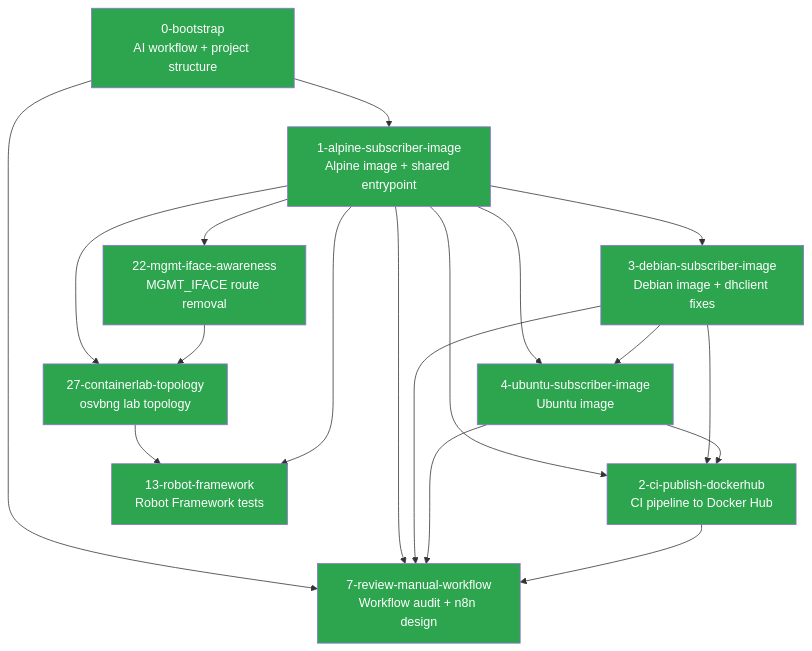
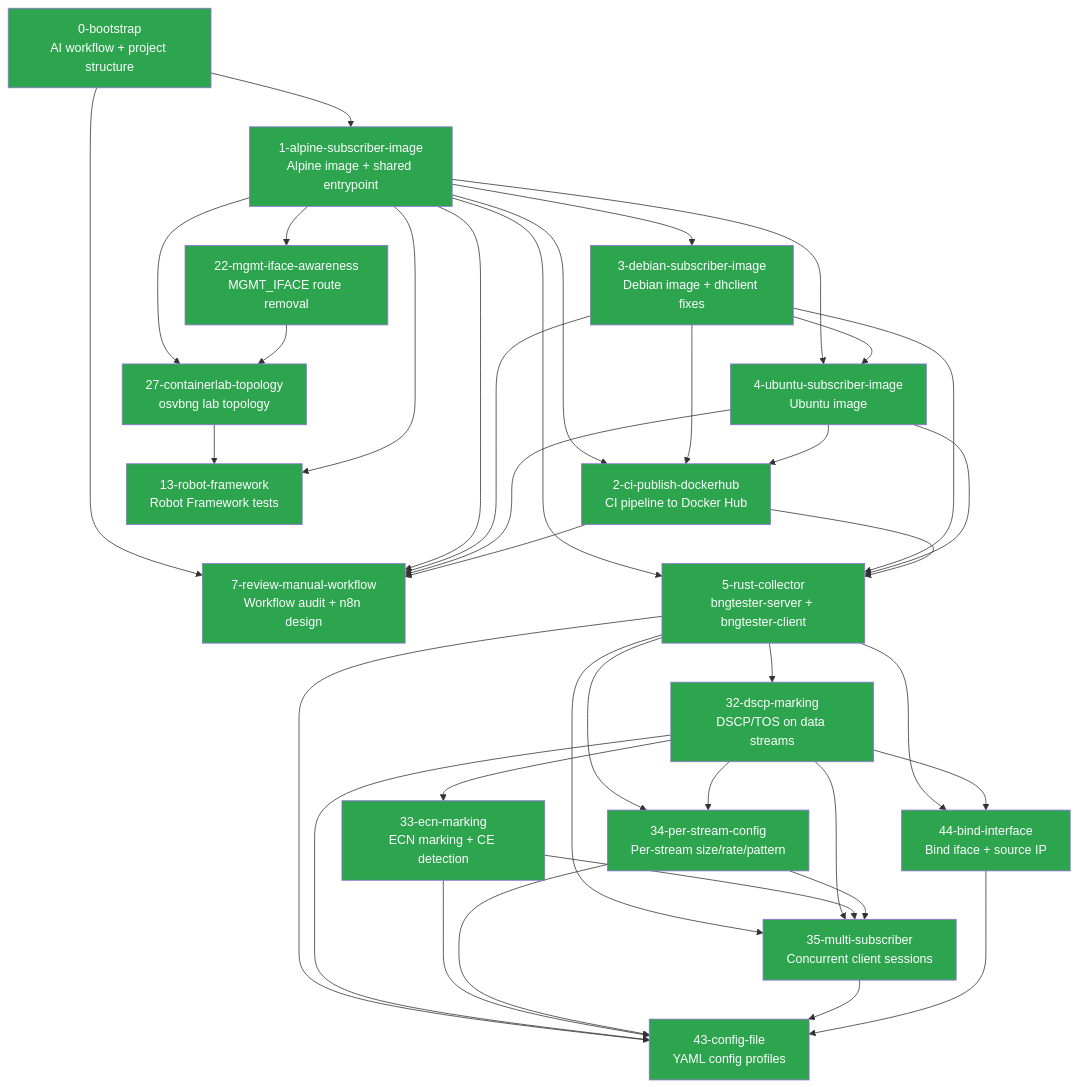
The diagram in context/SUMMARY.md (veesix-networks/bngtester), drawn with Mermaid before and after one commit.

Commit message:
fix(summary): add missing specs to Mermaid dependency graph
Added 7 specs that were missing from the dependency graph:
#5 (Rust collector), #32 (DSCP), #33 (ECN), #34 (per-stream),
#35 (multi-subscriber), #44 (bind-interface), #43 (config-file)
with correct dependency edges between them.

````diff
--- a/context/SUMMARY.md
+++ b/context/SUMMARY.md
@@ -34,38 +34,74 @@
 ```mermaid
 graph TD
     B[0-bootstrap<br/>AI workflow + project structure]
     A[1-alpine-subscriber-image<br/>Alpine image + shared entrypoint]
     D[3-debian-subscriber-image<br/>Debian image + dhclient fixes]
     U[4-ubuntu-subscriber-image<br/>Ubuntu image]
     CI[2-ci-publish-dockerhub<br/>CI pipeline to Docker Hub]
-
     WF[7-review-manual-workflow<br/>Workflow audit + n8n design]
+    MI[22-mgmt-iface-awareness<br/>MGMT_IFACE route removal]
+    CL[27-containerlab-topology<br/>osvbng lab topology]
+    RF[13-robot-framework<br/>Robot Framework tests]
+    RC[5-rust-collector<br/>bngtester-server + bngtester-client]
+    DSCP[32-dscp-marking<br/>DSCP/TOS on data streams]
+    ECN[33-ecn-marking<br/>ECN marking + CE detection]
+    PSC[34-per-stream-config<br/>Per-stream size/rate/pattern]
+    MS[35-multi-subscriber<br/>Concurrent client sessions]
+    BI[44-bind-interface<br/>Bind iface + source IP]
+    CF[43-config-file<br/>YAML config profiles]
 
     B --> A
     A --> D
     A --> U
     D --> U
     A --> CI
     D --> CI
     U --> CI
     B --> WF
     A --> WF
     D --> WF
     U --> WF
     CI --> WF
-    A --> MI[22-mgmt-iface-awareness<br/>MGMT_IFACE route removal]
-    A --> CL[27-containerlab-topology<br/>osvbng lab topology]
+    A --> MI
+    A --> CL
     MI --> CL
-    CL --> RF[13-robot-framework<br/>Robot Framework tests]
+    CL --> RF
     A --> RF
+    A --> RC
+    D --> RC
+    U --> RC
+    CI --> RC
+    RC --> DSCP
+    DSCP --> ECN
+    RC --> PSC
+    DSCP --> PSC
+    RC --> MS
+    DSCP --> MS
+    ECN --> MS
+    PSC --> MS
+    RC --> BI
+    DSCP --> BI
+    RC --> CF
+    DSCP --> CF
+    ECN --> CF
+    PSC --> CF
+    MS --> CF
+    BI --> CF
 
     style B fill:#2da44e,color:#fff
     style A fill:#2da44e,color:#fff
     style D fill:#2da44e,color:#fff
     style U fill:#2da44e,color:#fff
     style CI fill:#2da44e,color:#fff
     style WF fill:#2da44e,color:#fff
     style MI fill:#2da44e,color:#fff
     style CL fill:#2da44e,color:#fff
     style RF fill:#2da44e,color:#fff
+    style RC fill:#2da44e,color:#fff
+    style DSCP fill:#2da44e,color:#fff
+    style ECN fill:#2da44e,color:#fff
+    style PSC fill:#2da44e,color:#fff
+    style MS fill:#2da44e,color:#fff
+    style BI fill:#2da44e,color:#fff
+    style CF fill:#2da44e,color:#fff
 ```
````
